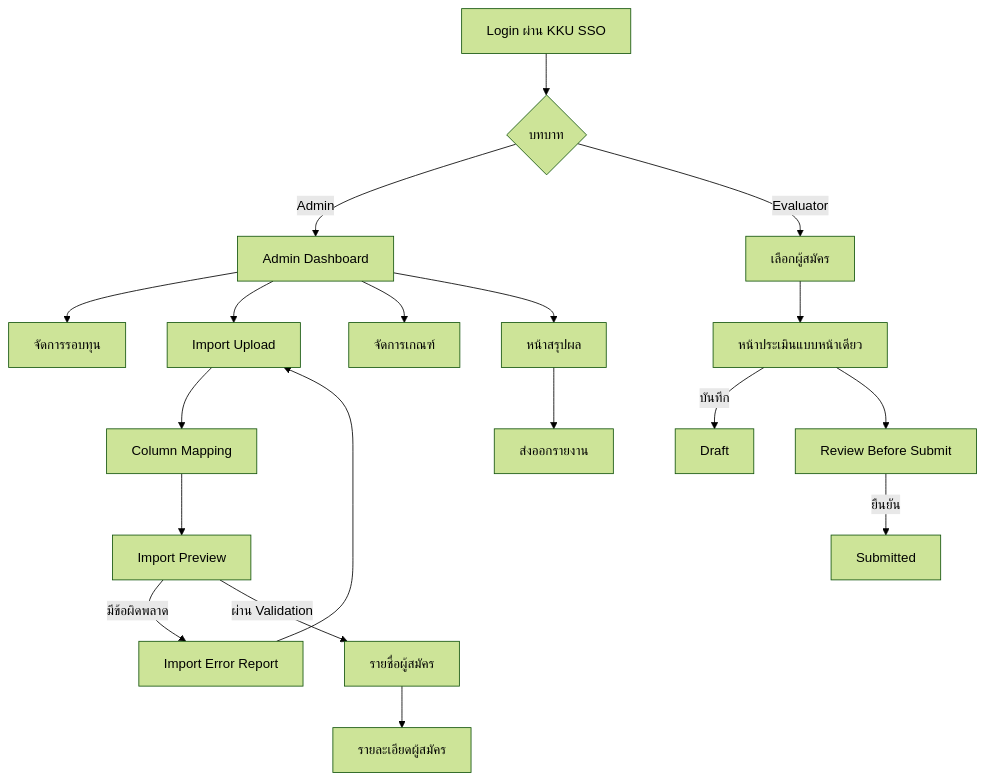
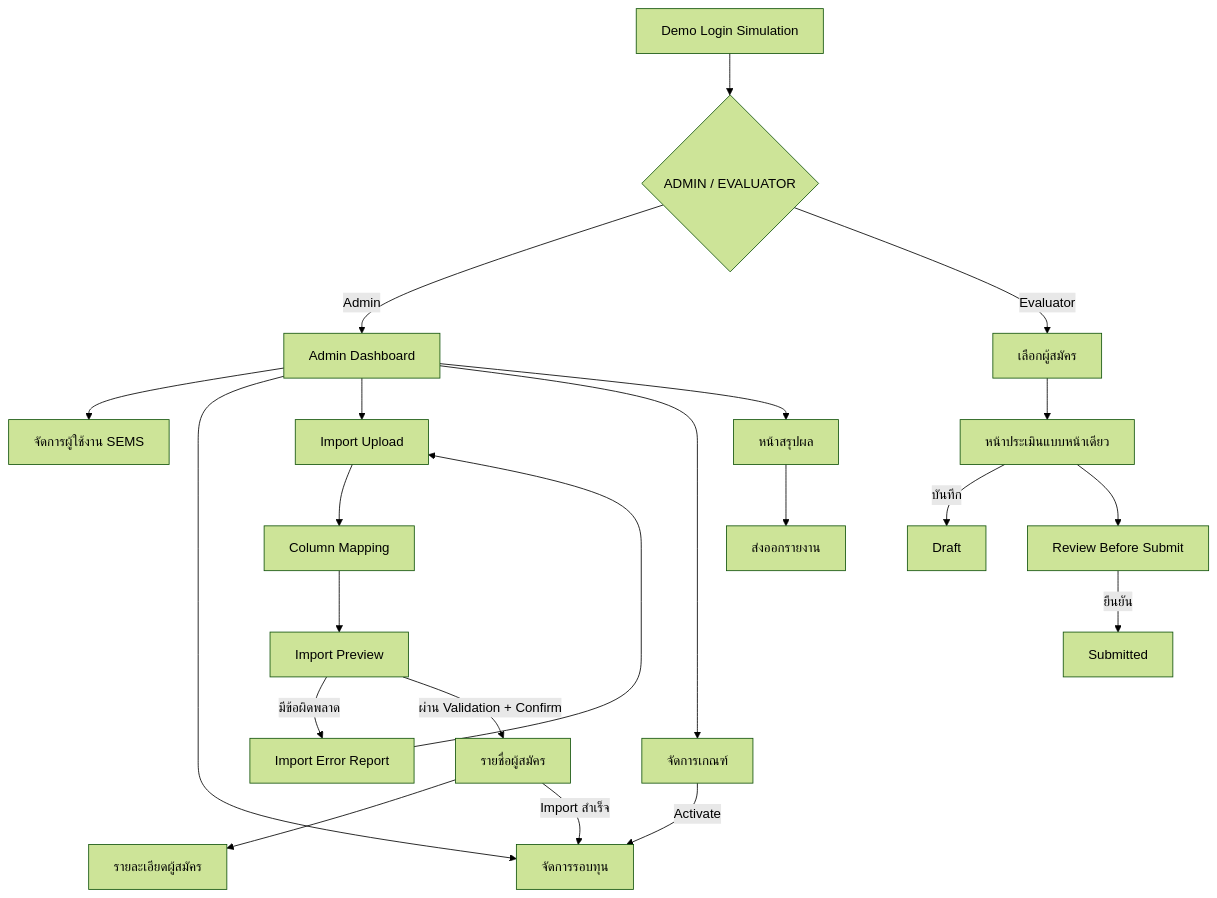
Before and after one commit to warattapobwaiarsa/SEMS_Docs: the diagram in Design/UI_UX/SEMS_Wireframe_Specification.md, drawn with Mermaid (forest theme). The commit also changed other lines of this file and 5 other files, not shown here.

````diff
--- a/Design/UI_UX/SEMS_Wireframe_Specification.md
+++ b/Design/UI_UX/SEMS_Wireframe_Specification.md
@@ -59,21 +221,24 @@
 ```mermaid
 flowchart TD
-    L[Login ผ่าน KKU SSO] --> R{บทบาท}
+    L[Demo Login Simulation] --> R{ADMIN / EVALUATOR}
     R -->|Admin| AD[Admin Dashboard]
+    AD --> UM[จัดการผู้ใช้งาน SEMS]
     AD --> RM[จัดการรอบทุน]
     AD --> IU[Import Upload]
     IU --> CM[Column Mapping]
     CM --> IP[Import Preview]
     IP -->|มีข้อผิดพลาด| ER[Import Error Report]
     ER --> IU
-    IP -->|ผ่าน Validation| AL[รายชื่อผู้สมัคร]
+    IP -->|ผ่าน Validation + Confirm| AL[รายชื่อผู้สมัคร]
     AL --> AP[รายละเอียดผู้สมัคร]
     AD --> CR[จัดการเกณฑ์]
+    CR -->|Activate| RM
+    AL -->|Import สำเร็จ| RM
     AD --> RS[หน้าสรุปผล]
     RS --> EX[ส่งออกรายงาน]
     R -->|Evaluator| ES[เลือกผู้สมัคร]
     ES --> EV[หน้าประเมินแบบหน้าเดียว]
     EV -->|บันทึก| DR[Draft]
     EV --> RV[Review Before Submit]
     RV -->|ยืนยัน| SU[Submitted]
 ```
````
